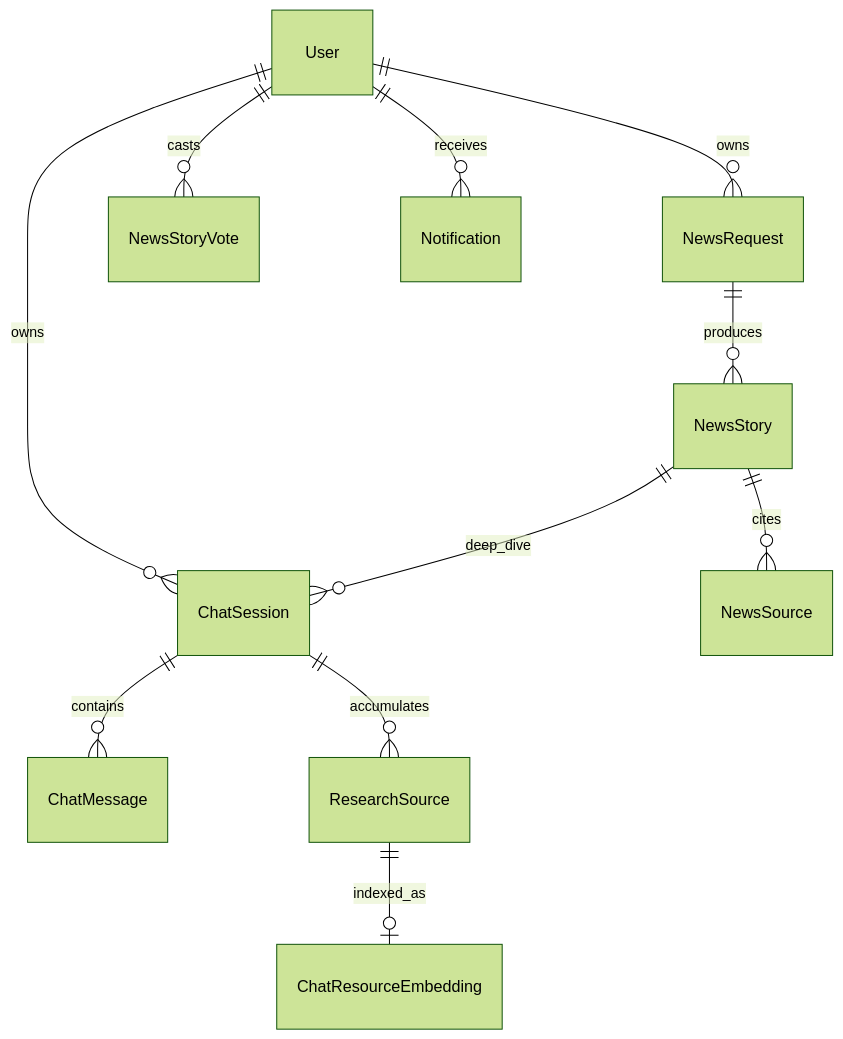
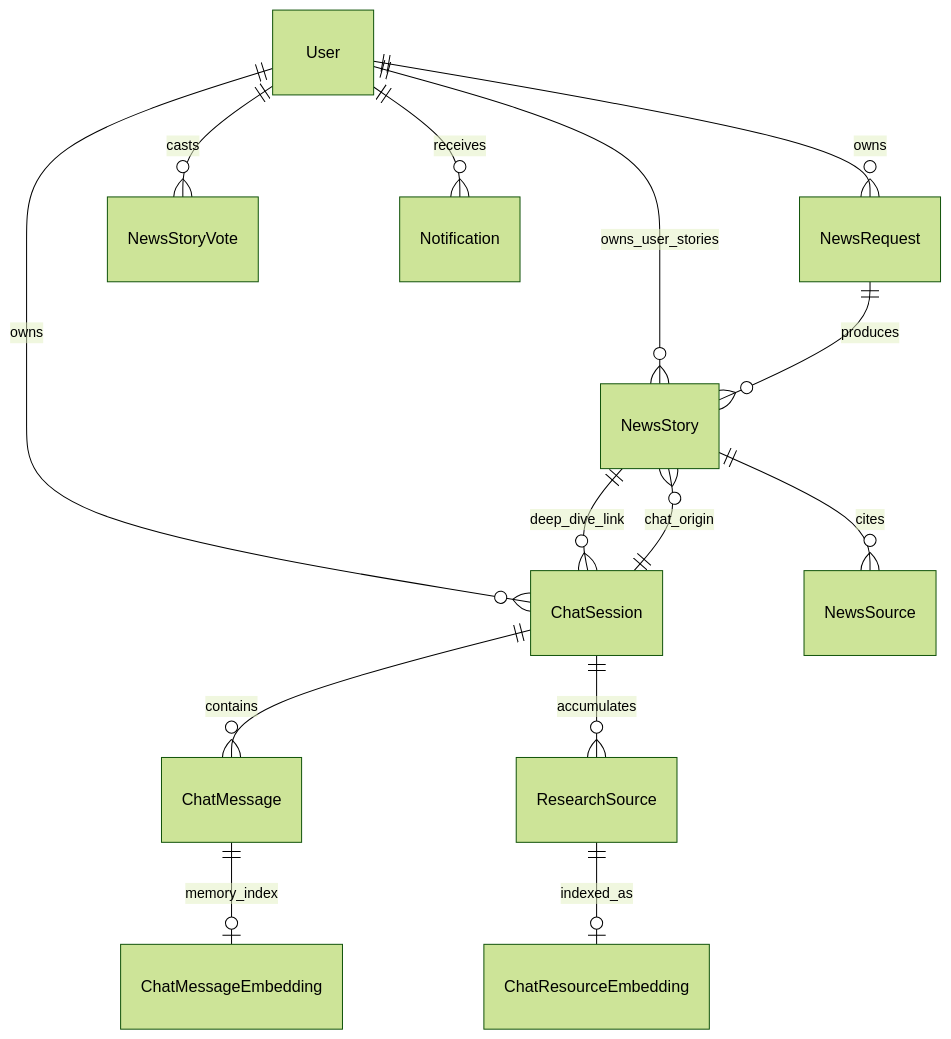
One commit to learner-enthusiast/Newsly changed the second of 2 diagrams in README.md. Above: the diagram before and after it, drawn with Mermaid (forest theme). The commit also changed other lines of this file, not shown here.

````diff
--- a/README.md
+++ b/README.md
@@ -221,13 +357,16 @@
 ```mermaid
 erDiagram
   User ||--o{ NewsRequest : owns
   User ||--o{ ChatSession : owns
+  User ||--o{ NewsStory : owns_user_stories
   User ||--o{ NewsStoryVote : casts
+  User ||--o{ Notification : receives
   NewsRequest ||--o{ NewsStory : produces
   NewsStory ||--o{ NewsSource : cites
-  NewsStory ||--o{ ChatSession : deep_dive
+  NewsStory ||--o{ ChatSession : deep_dive_link
+  ChatSession ||--o{ NewsStory : chat_origin
   ChatSession ||--o{ ChatMessage : contains
   ChatSession ||--o{ ResearchSource : accumulates
   ResearchSource ||--o| ChatResourceEmbedding : indexed_as
-  User ||--o{ Notification : receives
+  ChatMessage ||--o| ChatMessageEmbedding : memory_index
 ```
````
